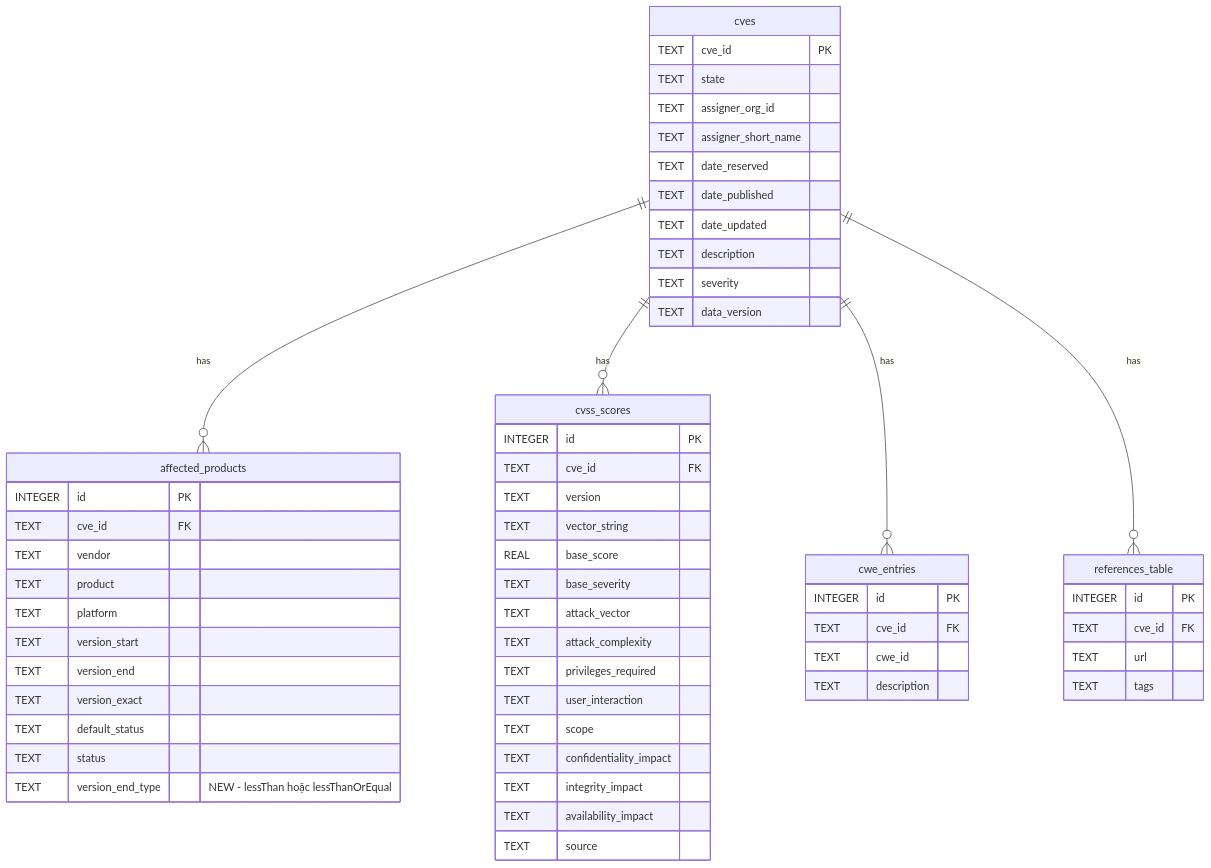
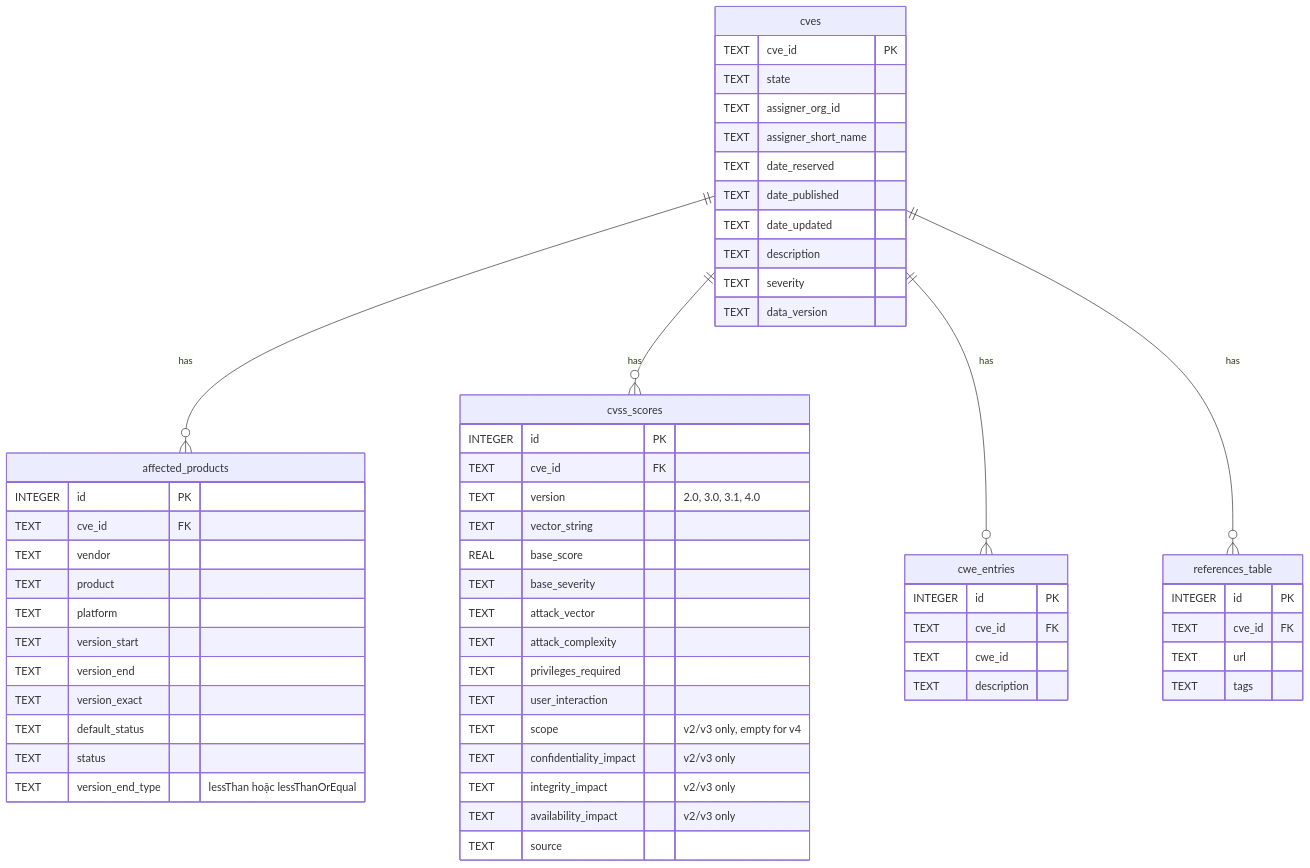
Before and after one commit to haunvsec/Secure-software: the second of 3 diagrams in .kiro/specs/cve-database-website/design.md, drawn with Mermaid. The commit also changed other lines of this file and 33 other files, not shown here.

````diff
--- a/.kiro/specs/cve-database-website/design.md
+++ b/.kiro/specs/cve-database-website/design.md
@@ -241,66 +230,66 @@
 ```mermaid
 erDiagram
     cves {
         TEXT cve_id PK
         TEXT state
         TEXT assigner_org_id
         TEXT assigner_short_name
         TEXT date_reserved
         TEXT date_published
         TEXT date_updated
         TEXT description
         TEXT severity
         TEXT data_version
     }
 
     affected_products {
         INTEGER id PK
         TEXT cve_id FK
         TEXT vendor
         TEXT product
         TEXT platform
         TEXT version_start
         TEXT version_end
         TEXT version_exact
         TEXT default_status
         TEXT status
-        TEXT version_end_type "NEW - lessThan hoặc lessThanOrEqual"
+        TEXT version_end_type "lessThan hoặc lessThanOrEqual"
     }
 
     cvss_scores {
         INTEGER id PK
         TEXT cve_id FK
-        TEXT version
+        TEXT version "2.0, 3.0, 3.1, 4.0"
         TEXT vector_string
         REAL base_score
         TEXT base_severity
         TEXT attack_vector
         TEXT attack_complexity
         TEXT privileges_required
         TEXT user_interaction
-        TEXT scope
-        TEXT confidentiality_impact
-        TEXT integrity_impact
-        TEXT availability_impact
+        TEXT scope "v2/v3 only, empty for v4"
+        TEXT confidentiality_impact "v2/v3 only"
+        TEXT integrity_impact "v2/v3 only"
+        TEXT availability_impact "v2/v3 only"
         TEXT source
     }
 
     cwe_entries {
         INTEGER id PK
         TEXT cve_id FK
         TEXT cwe_id
         TEXT description
     }
 
     references_table {
         INTEGER id PK
         TEXT cve_id FK
         TEXT url
         TEXT tags
     }
 
     cves ||--o{ affected_products : "has"
     cves ||--o{ cvss_scores : "has"
     cves ||--o{ cwe_entries : "has"
     cves ||--o{ references_table : "has"
 ```
````
